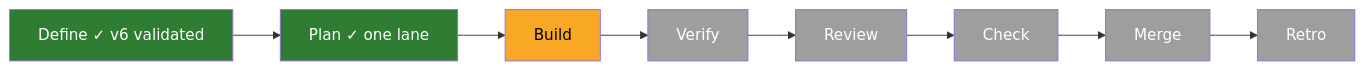
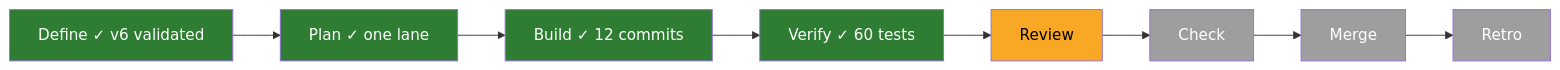
One commit to PaliCanon/app changed the first of 2 diagrams in .task/003-desktop-shell.md. Above: the diagram before and after it, drawn with Mermaid. The commit also changed other lines of this file, not shown here.

````diff
--- a/.task/003-desktop-shell.md
+++ b/.task/003-desktop-shell.md
@@ -11,7 +11,7 @@
 ```mermaid
 flowchart LR
-  Define["Define ✓ v6 validated"]:::done --> Plan["Plan ✓ one lane"]:::done --> Build:::doing --> Verify:::todo --> Review:::todo --> Check:::todo --> Merge:::todo --> Retro:::todo
+  Define["Define ✓ v6 validated"]:::done --> Plan["Plan ✓ one lane"]:::done --> Build["Build ✓ 12 commits"]:::done --> Verify["Verify ✓ 60 tests"]:::done --> Review:::doing --> Check:::todo --> Merge:::todo --> Retro:::todo
   classDef doing fill:#f9a825,color:#000
   classDef done fill:#2e7d32,color:#fff
   classDef todo fill:#9e9e9e,color:#fff
 ```
````
